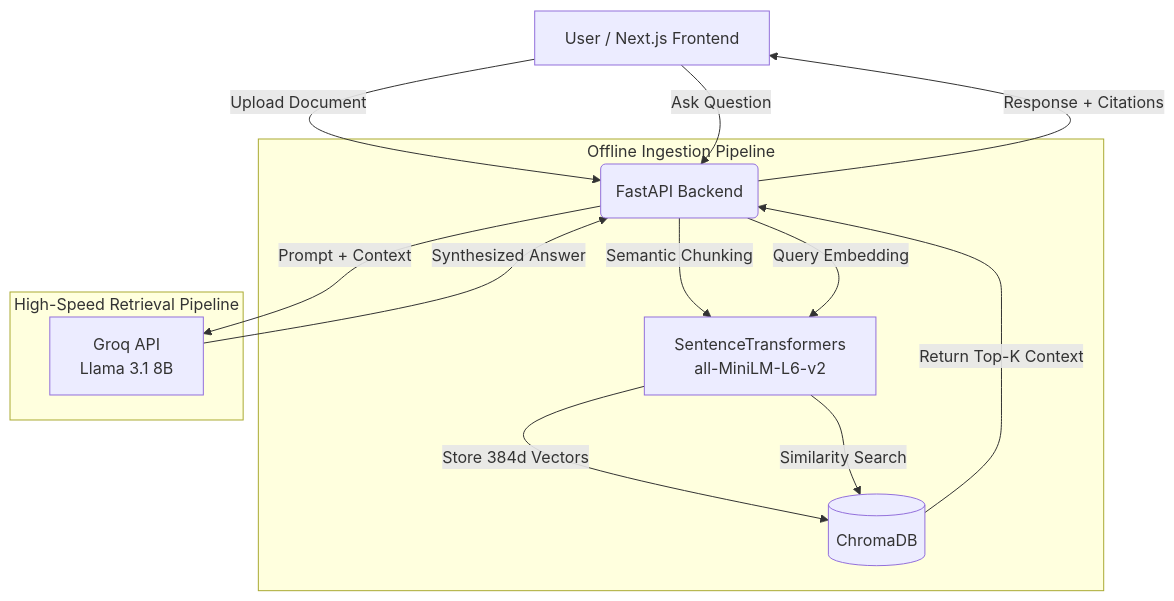
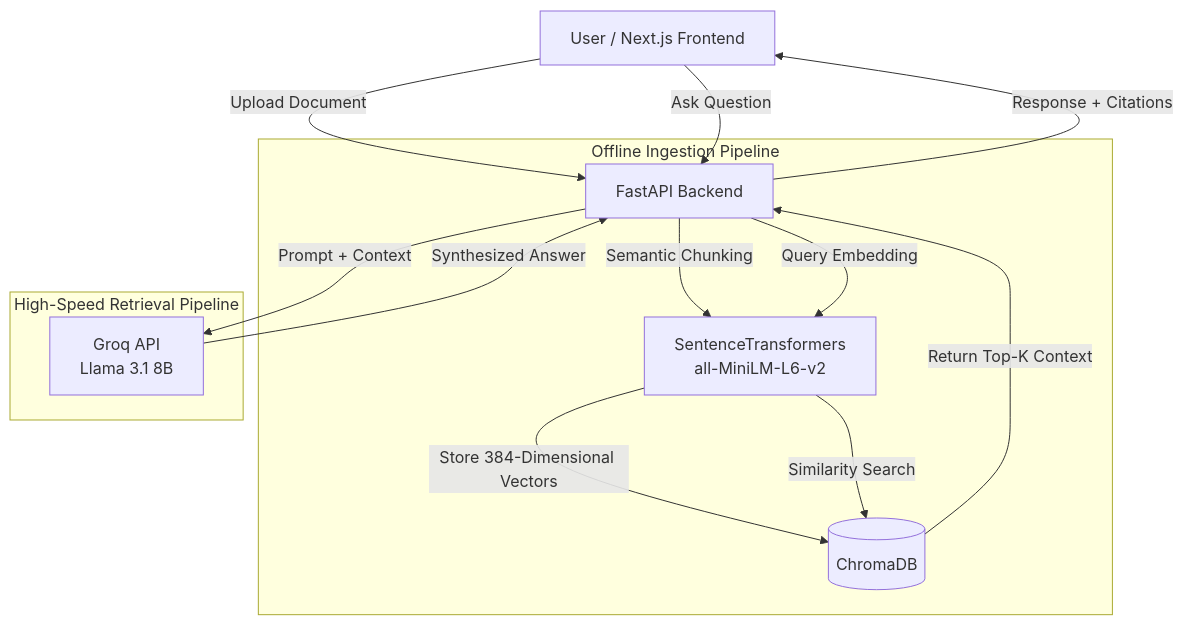
The diagram in README.md (Anushka-Sharma-tech/rag-intelligence-system), drawn with Mermaid before and after one commit. The commit also changed other lines of this file, not shown here.

````diff
--- a/README.md
+++ b/README.md
@@ -27,20 +28,21 @@
 ```mermaid
 graph TD
-    A[User / Next.js Frontend] -->|Upload Document| B(FastAPI Backend)
+
+    A["User / Next.js Frontend"] -->|Upload Document| B["FastAPI Backend"]
     A -->|Ask Question| B
 
     subgraph "Offline Ingestion Pipeline"
         B -->|Semantic Chunking| C["SentenceTransformers<br/>all-MiniLM-L6-v2"]
-        C -->|Store 384d Vectors| D[(ChromaDB)]
+        C -->|Store 384-Dimensional Vectors| D[("ChromaDB")]
     end
 
     subgraph "High-Speed Retrieval Pipeline"
         B -->|Query Embedding| C
         C -->|Similarity Search| D
         D -->|Return Top-K Context| B
         B -->|Prompt + Context| E["Groq API<br/>Llama 3.1 8B"]
         E -->|Synthesized Answer| B
     end
 
     B -->|Response + Citations| A
 ```
````
